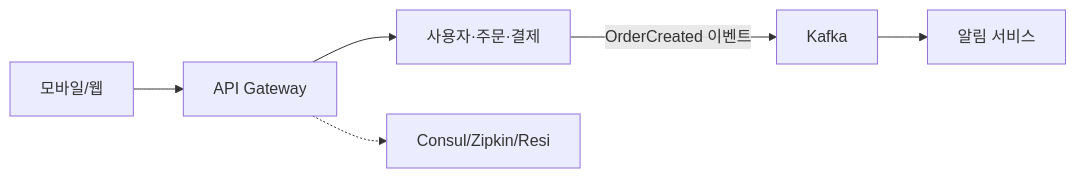
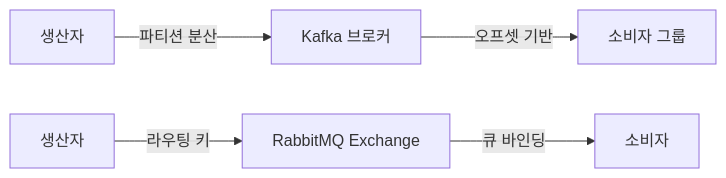
The fourth of 15 diagrams in _posts/architecture/2026-05-02-msa-deep.md (yjkim2015/yjkim2015.github.io), drawn with Mermaid before and after one commit. The commit also changed other lines of this file and 4 other files, not shown here.

````diff
--- a/_posts/architecture/2026-05-02-msa-deep.md
+++ b/_posts/architecture/2026-05-02-msa-deep.md
@@ -89,8 +250,7 @@
 ```mermaid
 graph LR
-    Client["모바일/웹"] --> AG["API Gateway"]
-    AG --> Services["사용자·주문·결제"]
-    Services -->|"OrderCreated 이벤트"| Kafka["Kafka"]
-    Kafka --> Notify["알림 서비스"]
-    AG -.-> Infra["Consul/Zipkin/Resi"]
+    Producer["생산자"] -->|파티션 분산| Kafka["Kafka 브로커"]
+    Kafka -->|오프셋 기반| Consumer["소비자 그룹"]
+    Producer2["생산자"] -->|라우팅 키| RMQ["RabbitMQ Exchange"]
+    RMQ -->|큐 바인딩| Consumer2["소비자"]
 ```
````
